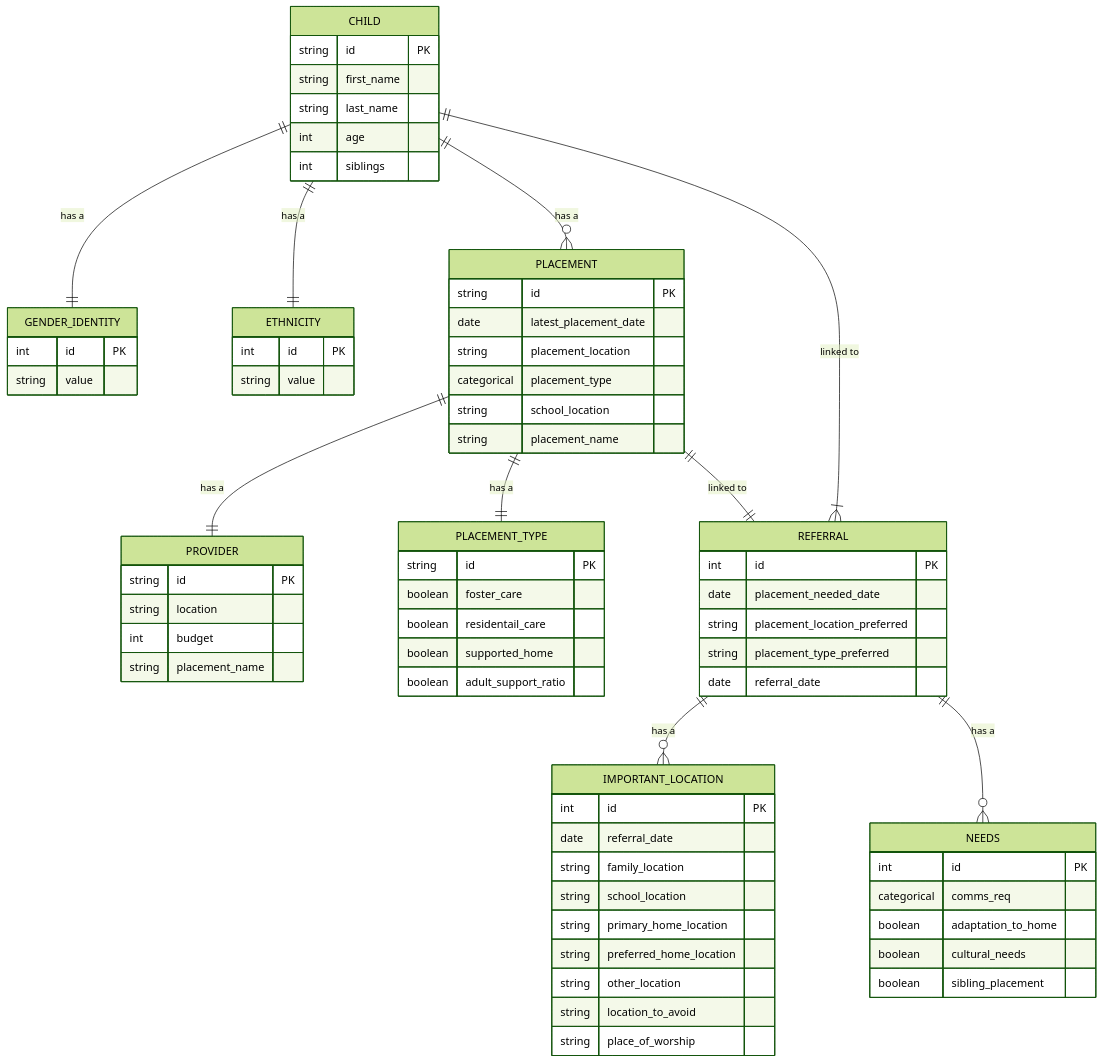
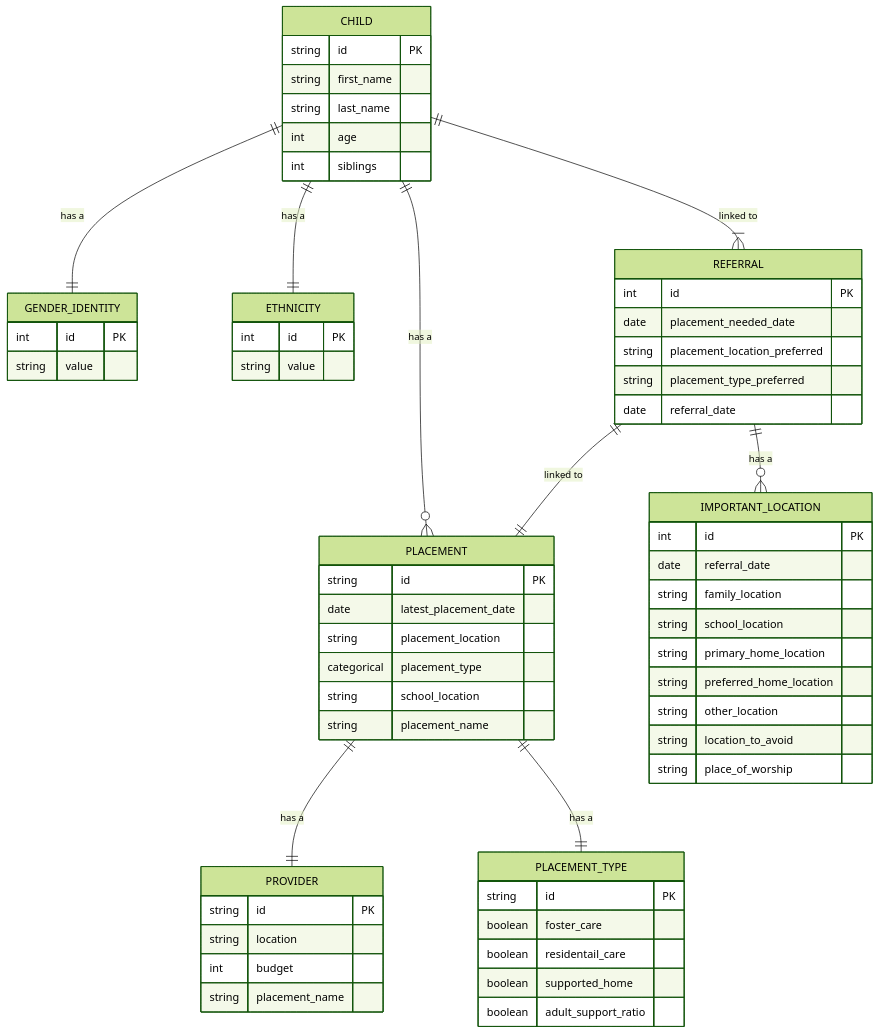
The diagram in sw_data_colletion.md (SocialFinanceDigitalLabs/sw-sufficiency-model), drawn with Mermaid (forest theme) before and after one commit.

````diff
--- a/sw_data_colletion.md
+++ b/sw_data_colletion.md
@@ -3,77 +3,67 @@
 ```mermaid
 erDiagram
     CHILD ||--|| GENDER_IDENTITY : "has a"
     CHILD ||--|| ETHNICITY : "has a"
     CHILD ||--o{ PLACEMENT : "has a"
     PLACEMENT ||--|| PROVIDER : "has a"
     PLACEMENT ||--|| PLACEMENT_TYPE: "has a"
-    PLACEMENT ||--|| REFERRAL : "linked to"
+    REFERRAL ||--|| PLACEMENT : "linked to"
     CHILD ||--|{ REFERRAL : "linked to"
     REFERRAL ||--o{ IMPORTANT_LOCATION : "has a"
-    REFERRAL ||--o{ NEEDS : "has a"
     CHILD {
         string id PK
         string first_name
         string last_name
         int age
         int siblings
     }
     ETHNICITY {
         int id PK
         string value
     }
     GENDER_IDENTITY {
         int id PK
         string value
     }
     PLACEMENT {
         string id PK
         date latest_placement_date
         string placement_location
         categorical placement_type
         string school_location
         string placement_name
     }
     PLACEMENT_TYPE {
         string id PK
         boolean foster_care
         boolean residentail_care
         boolean supported_home
         boolean adult_support_ratio
     }
     PROVIDER {
         string id PK
         string location
         int budget
         string placement_name
     }
 
     REFERRAL {
         int id PK
         date placement_needed_date
         string placement_location_preferred
         string placement_type_preferred
         date referral_date
     }
     IMPORTANT_LOCATION {
         int id PK
         date referral_date
         string family_location
         string school_location
         string primary_home_location
         string preferred_home_location
         string other_location
         string location_to_avoid
         string place_of_worship
     }
-    NEEDS {
-        int id PK
-        categorical comms_req
-        boolean adaptation_to_home
-        boolean cultural_needs
-        boolean sibling_placement
-    }
 
-
-    
 ```
````
